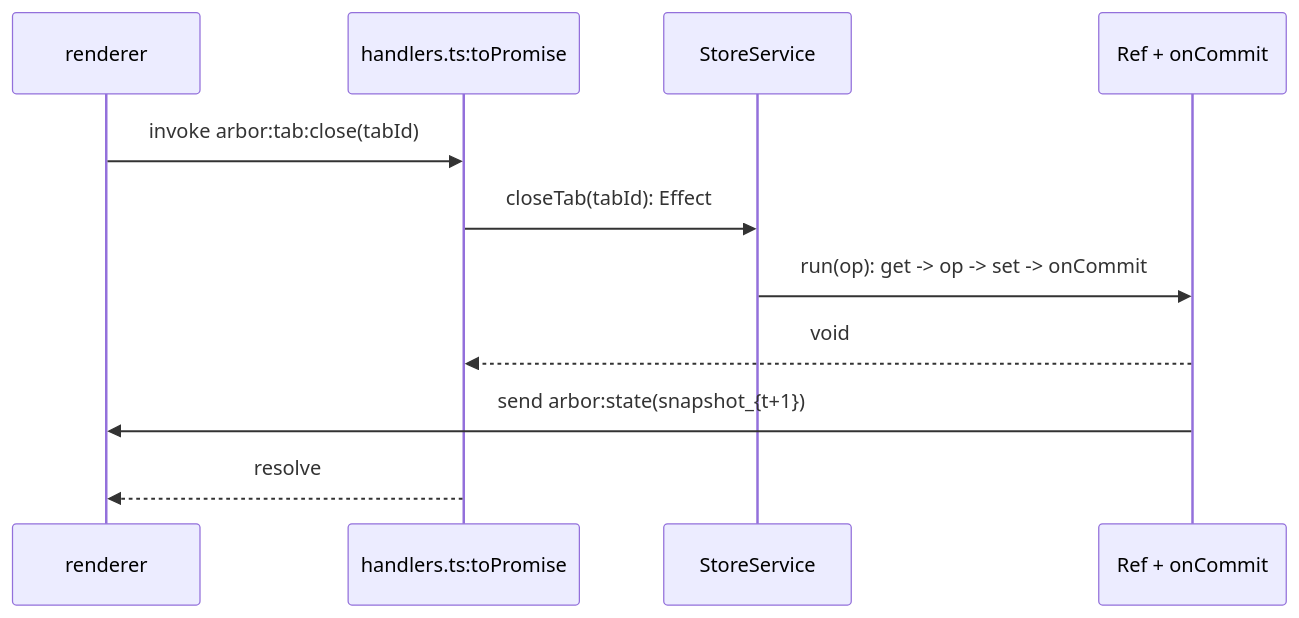
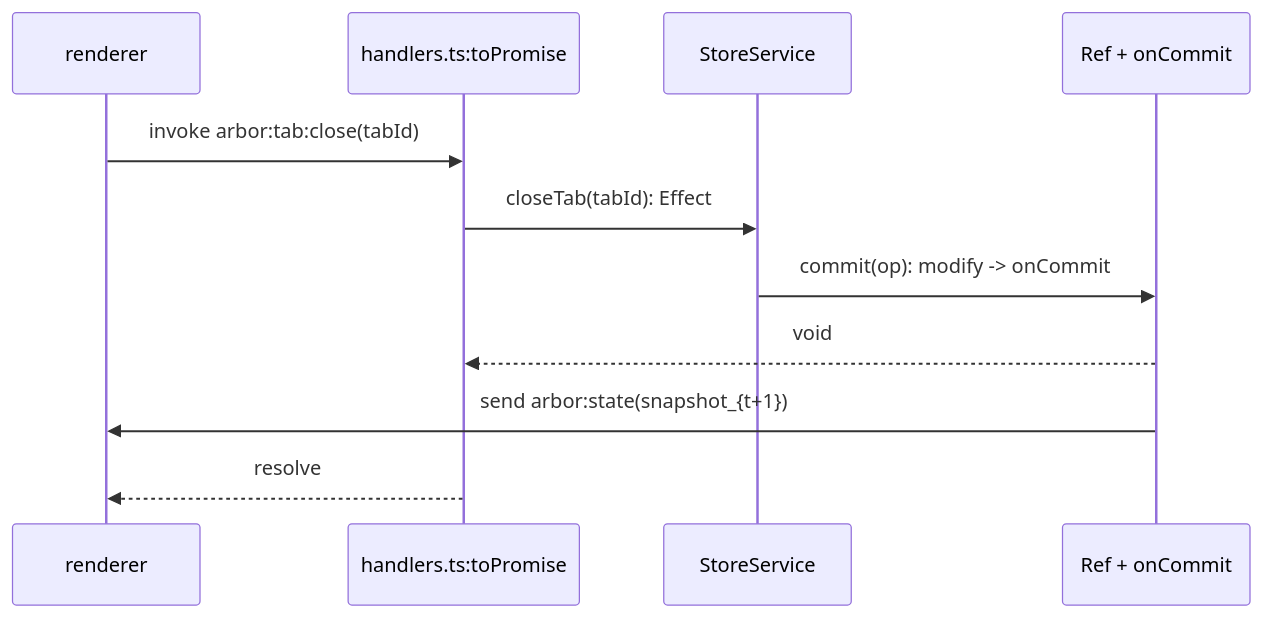
Before and after one commit to rom100main/arbor: the second of 3 diagrams in docs/architecture/03-store.md, drawn with Mermaid. The commit also changed other lines of this file and 1 other file, not shown here.

````diff
--- a/docs/architecture/03-store.md
+++ b/docs/architecture/03-store.md
@@ -62,13 +62,13 @@
 ```mermaid
 sequenceDiagram
     participant R as renderer
     participant H as handlers.ts:toPromise
     participant S as StoreService
     participant F as Ref + onCommit
     R->>H: invoke arbor:tab:close(tabId)
     H->>S: closeTab(tabId): Effect
-    S->>F: run(op): get -> op -> set -> onCommit
+    S->>F: commit(op): modify -> onCommit
     F-->>H: void
     F->>R: send arbor:state(snapshot_{t+1})
     H-->>R: resolve
 ```
````
